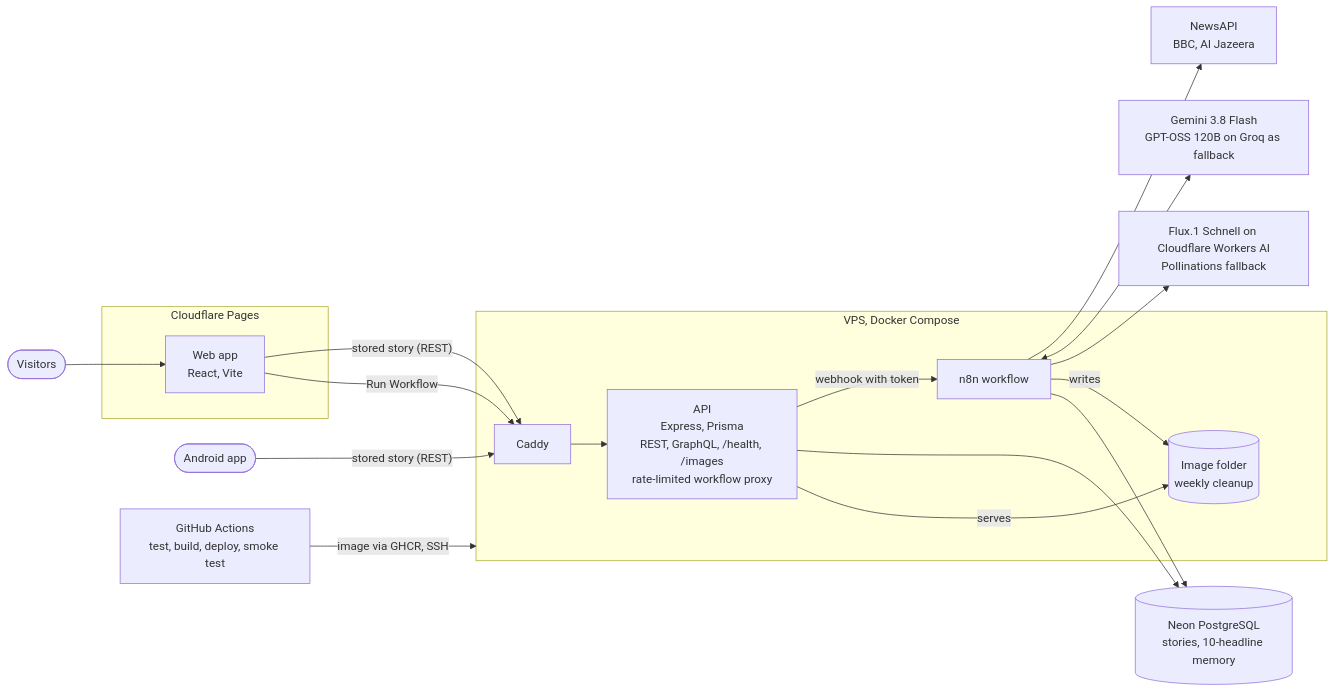
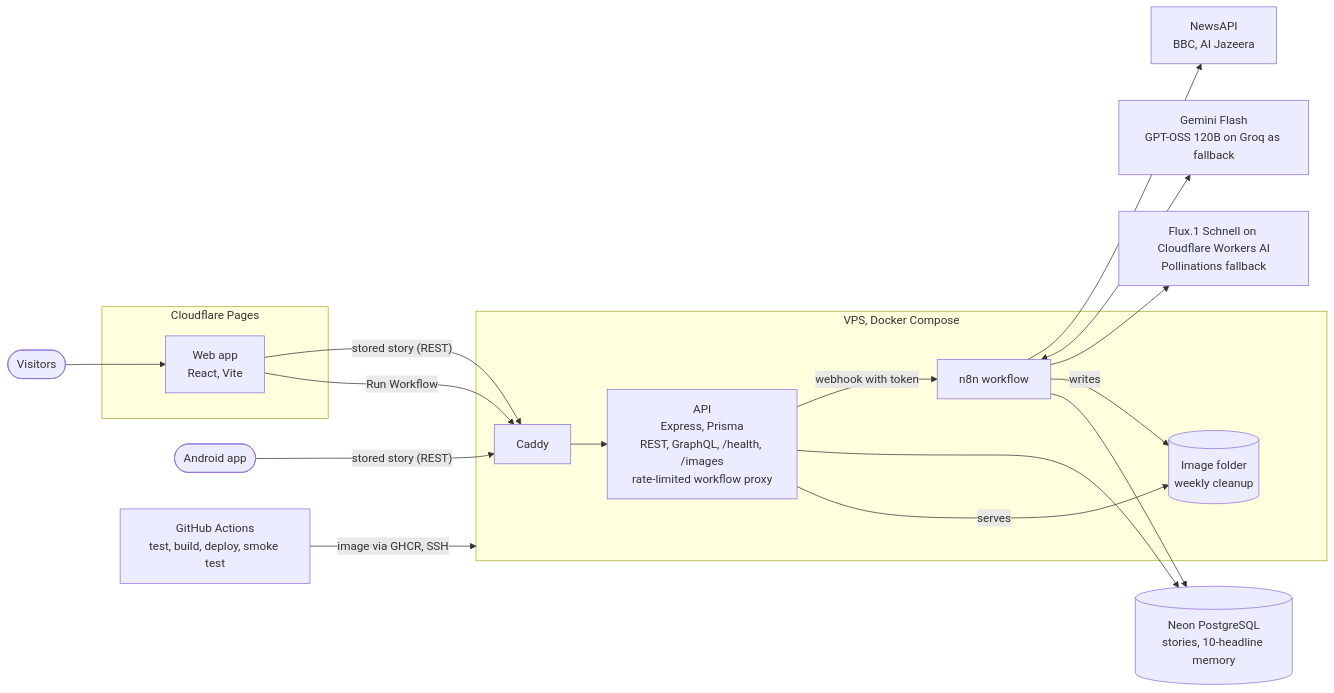
The diagram in README.md (jonorl/agentic-ai-news-to-image), drawn with Mermaid before and after one commit. The commit also changed 5 other files, not shown here.

````diff
--- a/README.md
+++ b/README.md
@@ -30,37 +30,37 @@
 ```mermaid
 flowchart LR
     visitors(["Visitors"])
     android(["Android app"])
 
     subgraph pages["Cloudflare Pages"]
         web["Web app<br/>React, Vite"]
     end
 
     subgraph vps["VPS, Docker Compose"]
         caddy["Caddy"]
         api["API<br/>Express, Prisma<br/>REST, GraphQL, /health, /images<br/>rate-limited workflow proxy"]
         n8n["n8n workflow"]
         images[("Image folder<br/>weekly cleanup")]
     end
 
     neon[("Neon PostgreSQL<br/>stories, 10-headline memory")]
     news["NewsAPI<br/>BBC, Al Jazeera"]
-    llm["Gemini 3.8 Flash<br/>GPT-OSS 120B on Groq as fallback"]
+    llm["Gemini Flash<br/>GPT-OSS 120B on Groq as fallback"]
     img["Flux.1 Schnell on Cloudflare Workers AI<br/>Pollinations fallback"]
     gha["GitHub Actions<br/>test, build, deploy, smoke test"]
 
     visitors --> web
     web -- "stored story (REST)" --> caddy
     android -- "stored story (REST)" --> caddy
     web -- "Run Workflow" --> caddy
     caddy --> api
     api -- "webhook with token" --> n8n
     api --> neon
     n8n --> news
     n8n <--> llm
     n8n --> img
     n8n -- "writes" --> images
     api -- "serves" --> images
     n8n --> neon
     gha -- "image via GHCR, SSH" --> vps
 ```
````
